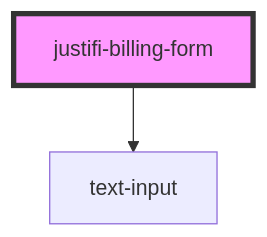
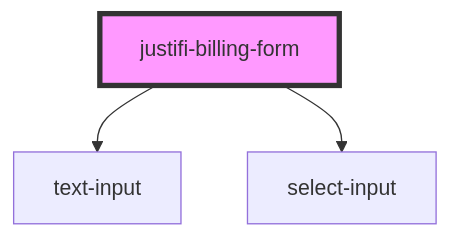
Before and after one commit to justifi-tech/web-component-library: the diagram in stencil-library/src/components/billing-form/readme.md, drawn with Mermaid. The commit also changed other lines of this file and 4 other files, not shown here.

````diff
--- a/stencil-library/src/components/billing-form/readme.md
+++ b/stencil-library/src/components/billing-form/readme.md
@@ -28,5 +29,6 @@
 ```mermaid
 graph TD;
   justifi-billing-form --> text-input
+  justifi-billing-form --> select-input
   style justifi-billing-form fill:#f9f,stroke:#333,stroke-width:4px
 ```
````
